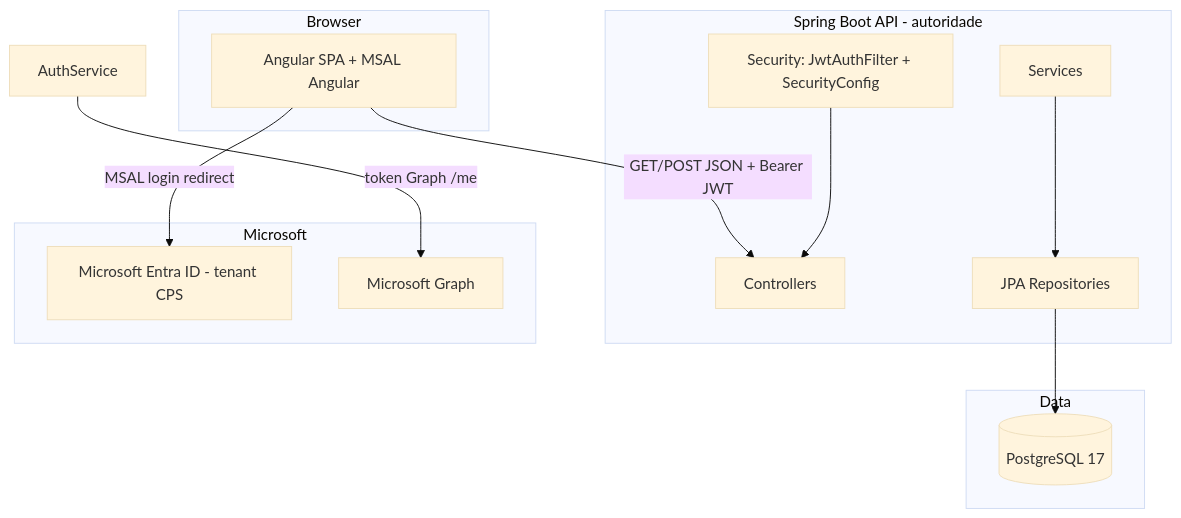
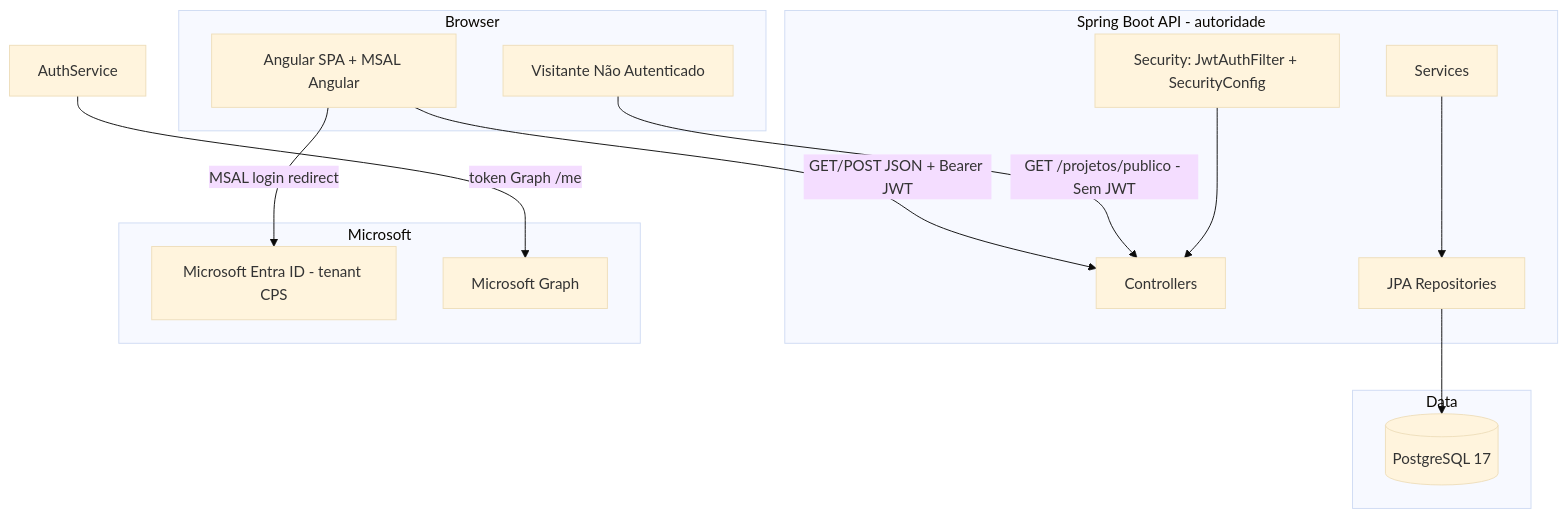
One commit to Belanquinha/Fatec-Repositorios changed the first of 2 diagrams in _bmad-output/planning-artifacts/architecture/architecture-Fatec-Repositorios-2026-09-16/ARCHITECTURE-SPINE.md. Above: the diagram before and after it, drawn with Mermaid (base theme). The commit also changed other lines of this file and 16 other files, not shown here.

````diff
--- a/_bmad-output/planning-artifacts/architecture/architecture-Fatec-Repositorios-2026-09-16/ARCHITECTURE-SPINE.md
+++ b/_bmad-output/planning-artifacts/architecture/architecture-Fatec-Repositorios-2026-09-16/ARCHITECTURE-SPINE.md
@@ -25,24 +25,26 @@
 ```mermaid
 flowchart TB
     subgraph Browser
         SPA[Angular SPA + MSAL Angular]
+        VISITOR[Visitante Não Autenticado]
     end
     subgraph Backend[Spring Boot API - autoridade]
         REST[Controllers]
         SVC[Services]
         SEC[Security: JwtAuthFilter + SecurityConfig]
         REPO[JPA Repositories]
     end
     subgraph Data
         PG[(PostgreSQL 17)]
     end
     subgraph Microsoft
         ENTRA[Microsoft Entra ID - tenant CPS]
         GRAPH[Microsoft Graph]
     end
     SPA -->|GET/POST JSON + Bearer JWT| REST
+    VISITOR -->|GET /projetos/publico - Sem JWT| REST
     SPA -->|MSAL login redirect| ENTRA
     BACKEND-CALL[AuthService] -->|token Graph /me| GRAPH
     SVC --> REPO --> PG
     SEC --> REST
 ```
````
